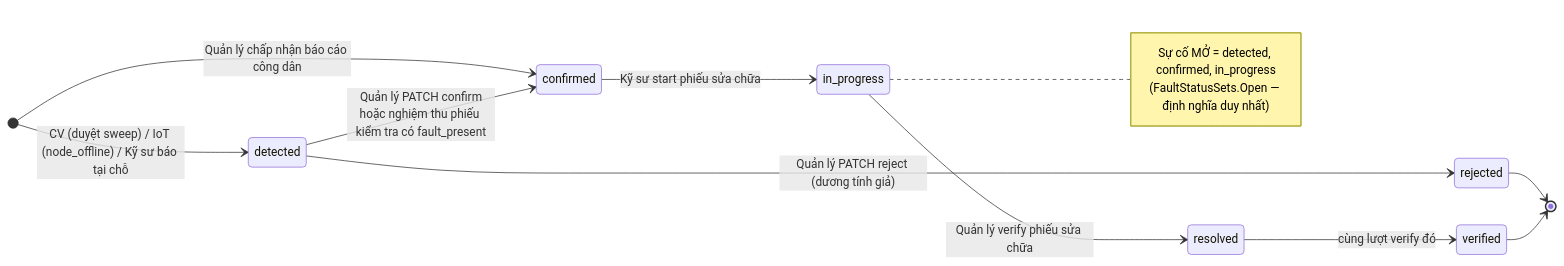
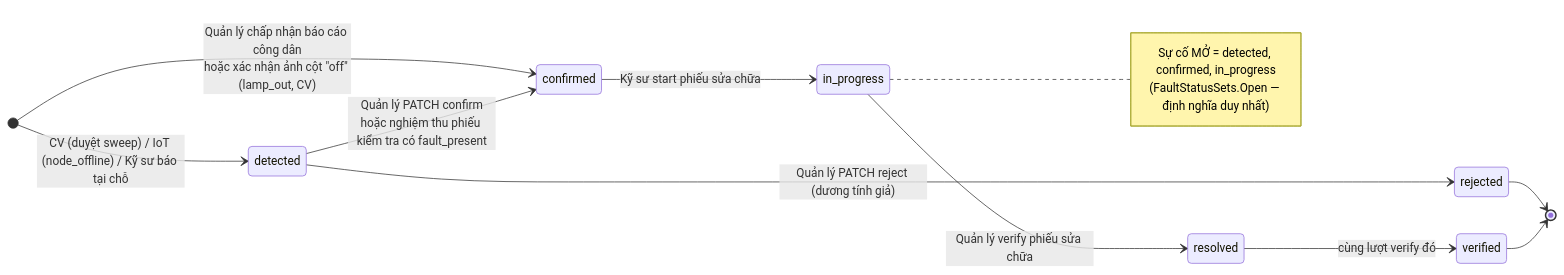
Before and after one commit to LuxMapLabs/luxmap_backend: the second of 11 diagrams in docs/state-machines.md, drawn with Mermaid. The commit also changed other lines of this file and 1 other file, not shown here.

Commit message:
docs(state-machines): pole photo lifecycle, and photo-confirmed paths into faults and fixture status

````diff
--- a/docs/state-machines.md
+++ b/docs/state-machines.md
@@ -57,18 +65,18 @@
 ```mermaid
 stateDiagram-v2
     direction LR
     [*] --> detected : CV (duyệt sweep) / IoT (node_offline) / Kỹ sư báo tại chỗ
-    [*] --> confirmed : Quản lý chấp nhận báo cáo công dân
+    [*] --> confirmed : Quản lý chấp nhận báo cáo công dân<br/>hoặc xác nhận ảnh cột "off" (lamp_out, CV)
     detected --> confirmed : Quản lý PATCH confirm<br/>hoặc nghiệm thu phiếu kiểm tra có fault_present
     detected --> rejected : Quản lý PATCH reject (dương tính giả)
     confirmed --> in_progress : Kỹ sư start phiếu sửa chữa
     in_progress --> resolved : Quản lý verify phiếu sửa chữa
     resolved --> verified : cùng lượt verify đó
     rejected --> [*]
     verified --> [*]
 
     note right of in_progress
         Sự cố MỞ = detected, confirmed, in_progress
         (FaultStatusSets.Open — định nghĩa duy nhất)
     end note
 ```
````
